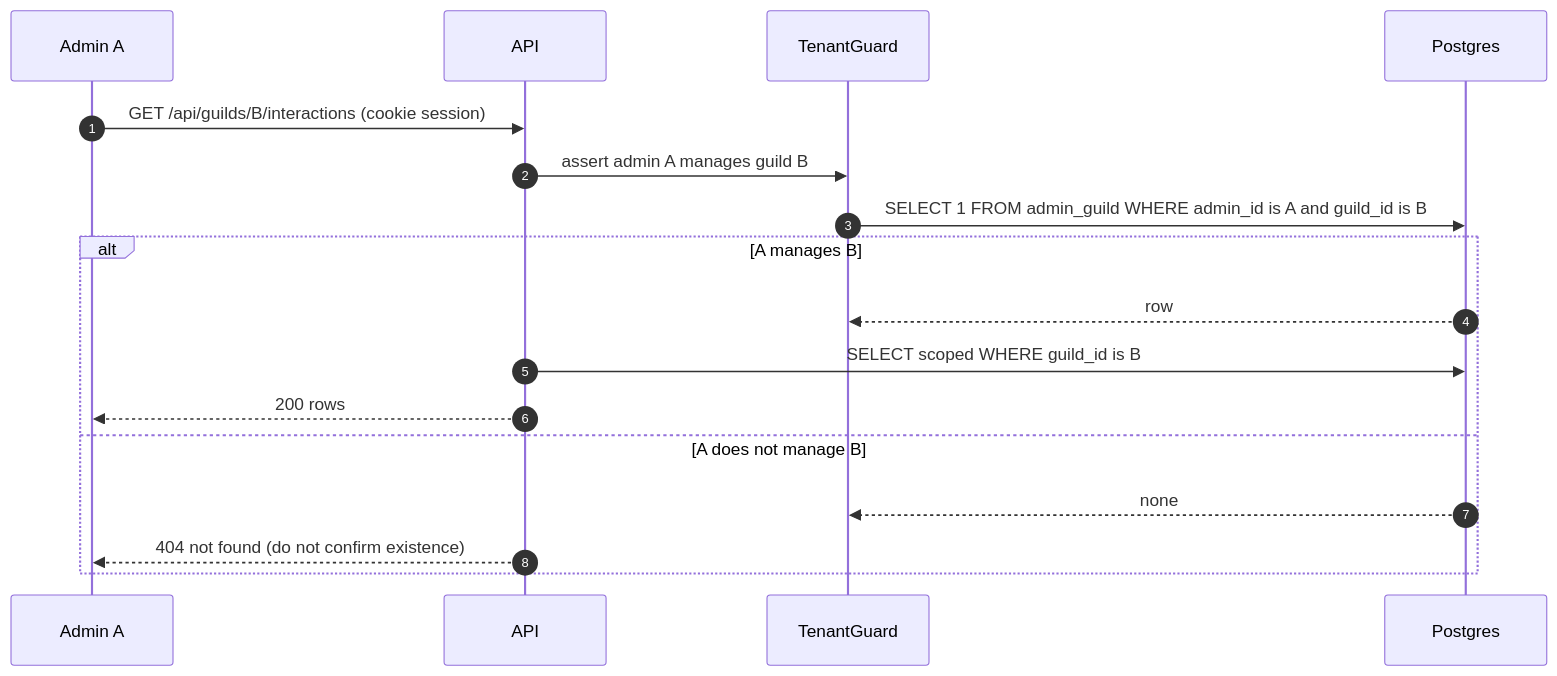
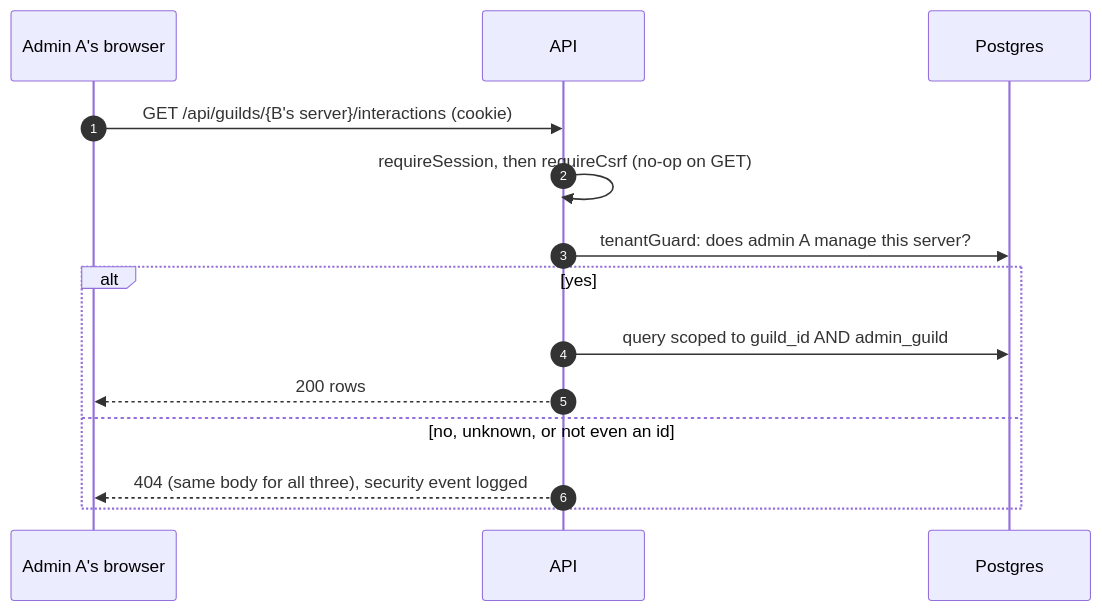
One commit to RohanUrankar/discord-report-line changed diagram 13 of 17 in architecture/docs/DESIGN.md. Above: the diagram before and after it, drawn with Mermaid. The commit also changed other lines of this file, not shown here.

````diff
--- a/architecture/docs/DESIGN.md
+++ b/architecture/docs/DESIGN.md
@@ -916,20 +941,16 @@
 ```mermaid
 sequenceDiagram
     autonumber
-    participant AdA as Admin A
+    participant B as Admin A's browser
     participant A as API
-    participant T as TenantGuard
     participant DB as Postgres
-
-    AdA->>A: GET /api/guilds/B/interactions (cookie session)
-    A->>T: assert admin A manages guild B
-    T->>DB: SELECT 1 FROM admin_guild WHERE admin_id is A and guild_id is B
-    alt A manages B
-        DB-->>T: row
-        A->>DB: SELECT scoped WHERE guild_id is B
-        A-->>AdA: 200 rows
-    else A does not manage B
-        DB-->>T: none
-        A-->>AdA: 404 not found (do not confirm existence)
+    B->>A: GET /api/guilds/{B's server}/interactions (cookie)
+    A->>A: requireSession, then requireCsrf (no-op on GET)
+    A->>DB: tenantGuard: does admin A manage this server?
+    alt yes
+        A->>DB: query scoped to guild_id AND admin_guild
+        A-->>B: 200 rows
+    else no, unknown, or not even an id
+        A-->>B: 404 (same body for all three), security event logged
     end
 ```
````
